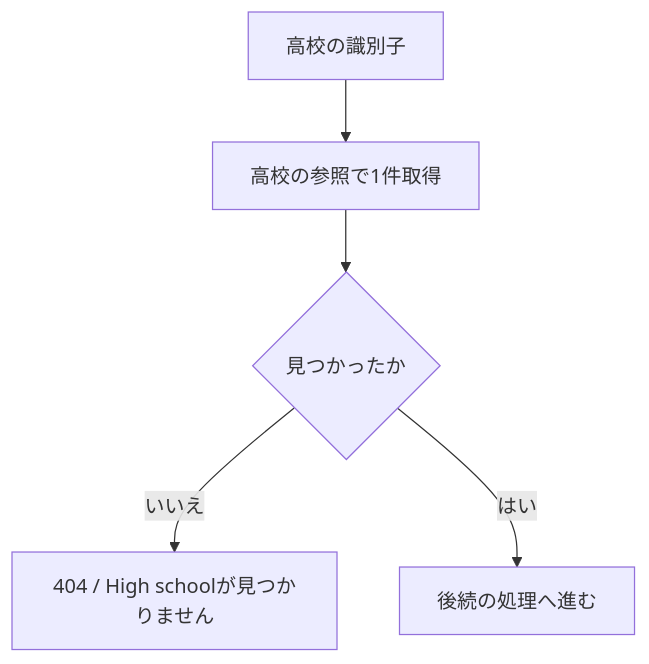
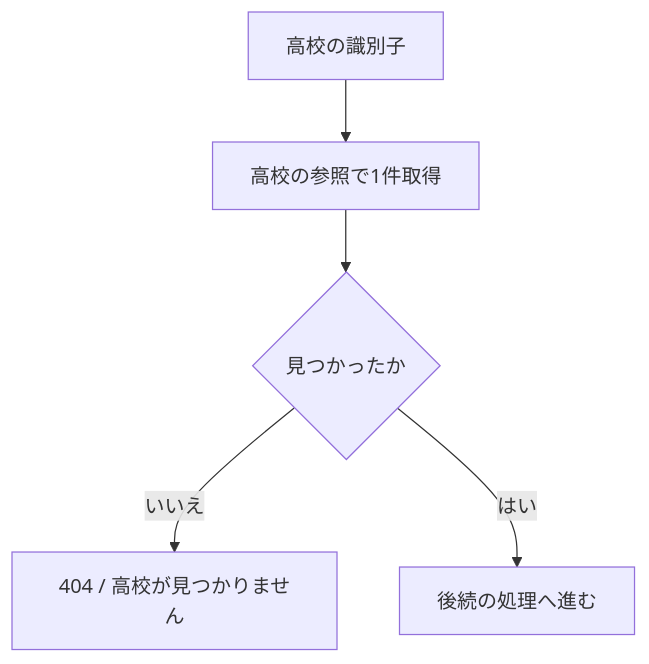
Before and after one commit to yuta20253/edu-platform-go-design: the fifth of 5 diagrams in 計画書/GO移行・設計仕様書/管理者高校学年参照機能_Go移行・設計仕様書.md, drawn with Mermaid. The commit also changed other lines of this file and 42 other files, not shown here.

````diff
--- a/計画書/GO移行・設計仕様書/管理者高校学年参照機能_Go移行・設計仕様書.md
+++ b/計画書/GO移行・設計仕様書/管理者高校学年参照機能_Go移行・設計仕様書.md
@@ -401,7 +401,7 @@
 ```mermaid
 flowchart TD
     S[高校の識別子] --> F[高校の参照で1件取得]
     F --> E{見つかったか}
-    E -- いいえ --> E404[404 / High schoolが見つかりません]
+    E -- いいえ --> E404[404 / 高校が見つかりません]
     E -- はい --> N[後続の処理へ進む]
 ```
````
